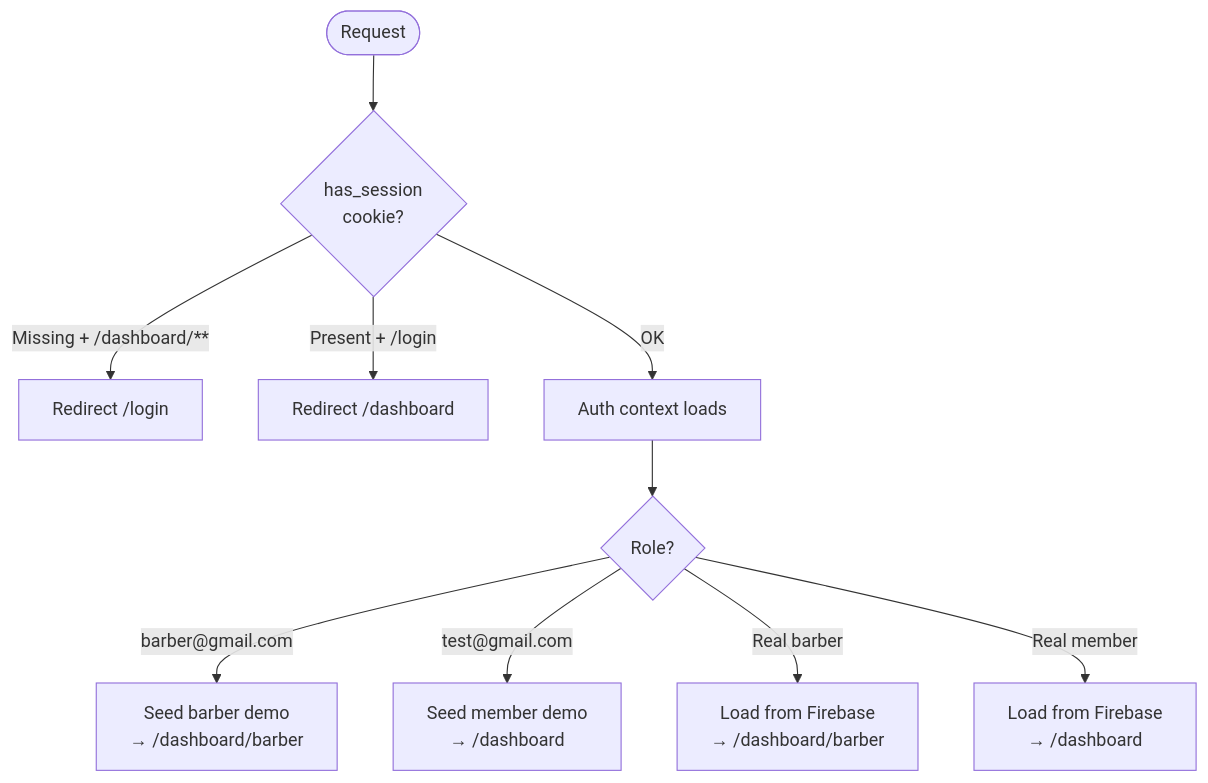
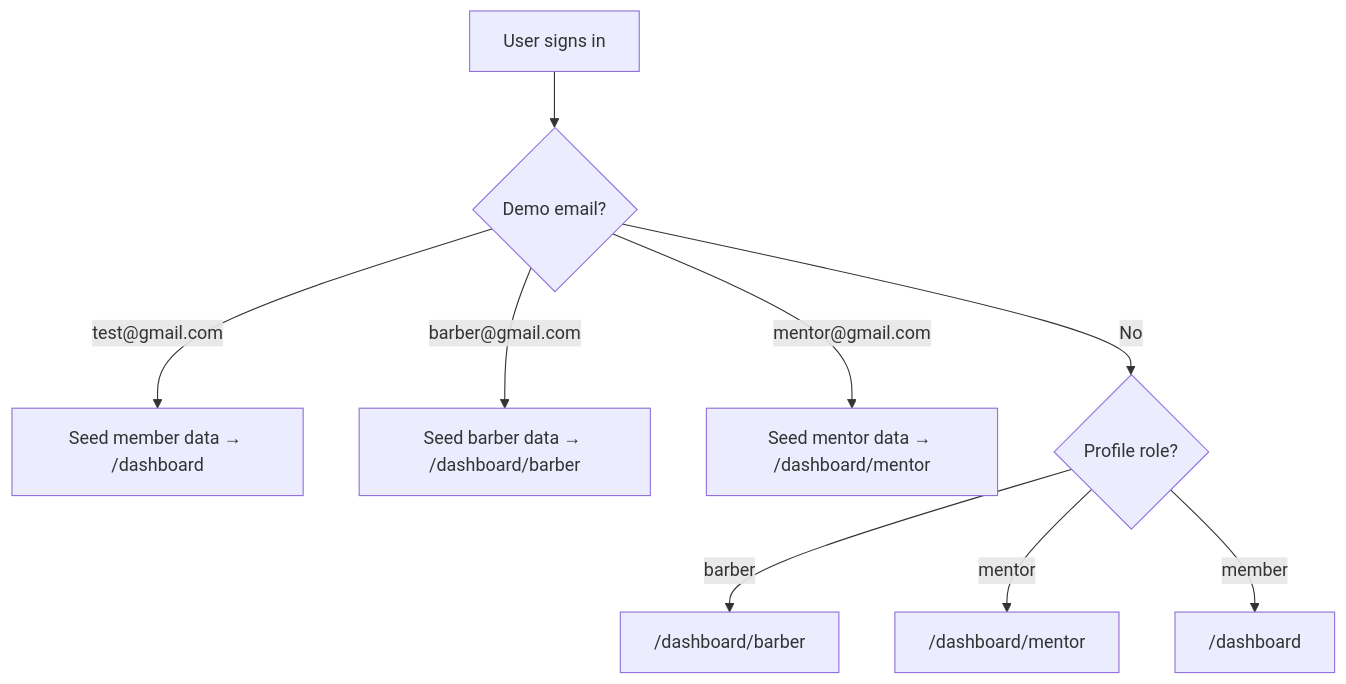
Before and after one commit to Lincolntinodaishe/BRO2BRO: the third of 4 diagrams in README.md, drawn with Mermaid. The commit also changed other lines of this file, not shown here.

First line of the commit message:
Streamline README with mentor portal and fix Mermaid diagrams.

````diff
--- a/README.md
+++ b/README.md
@@ -230,12 +101,11 @@
 ```mermaid
 flowchart TD
-    REQ([Request]) --> MW{has_session\ncookie?}
-    MW -- Missing + /dashboard/** --> LG[Redirect /login]
-    MW -- Present + /login --> DB[Redirect /dashboard]
-    MW -- OK --> AC[Auth context loads]
-    AC --> RD{Role?}
-    RD -- barber@gmail.com --> SB[Seed barber demo\n→ /dashboard/barber]
-    RD -- test@gmail.com --> SM[Seed member demo\n→ /dashboard]
-    RD -- Real barber --> RB[Load from Firebase\n→ /dashboard/barber]
-    RD -- Real member --> RM[Load from Firebase\n→ /dashboard]
+    Start["User signs in"] --> Demo{"Demo email?"}
+    Demo -- test@gmail.com --> Member["Seed member data → /dashboard"]
+    Demo -- barber@gmail.com --> Barber["Seed barber data → /dashboard/barber"]
+    Demo -- mentor@gmail.com --> Mentor["Seed mentor data → /dashboard/mentor"]
+    Demo -- No --> Role{"Profile role?"}
+    Role -- barber --> BarberReal["/dashboard/barber"]
+    Role -- mentor --> MentorReal["/dashboard/mentor"]
+    Role -- member --> MemberReal["/dashboard"]
 ```
````
